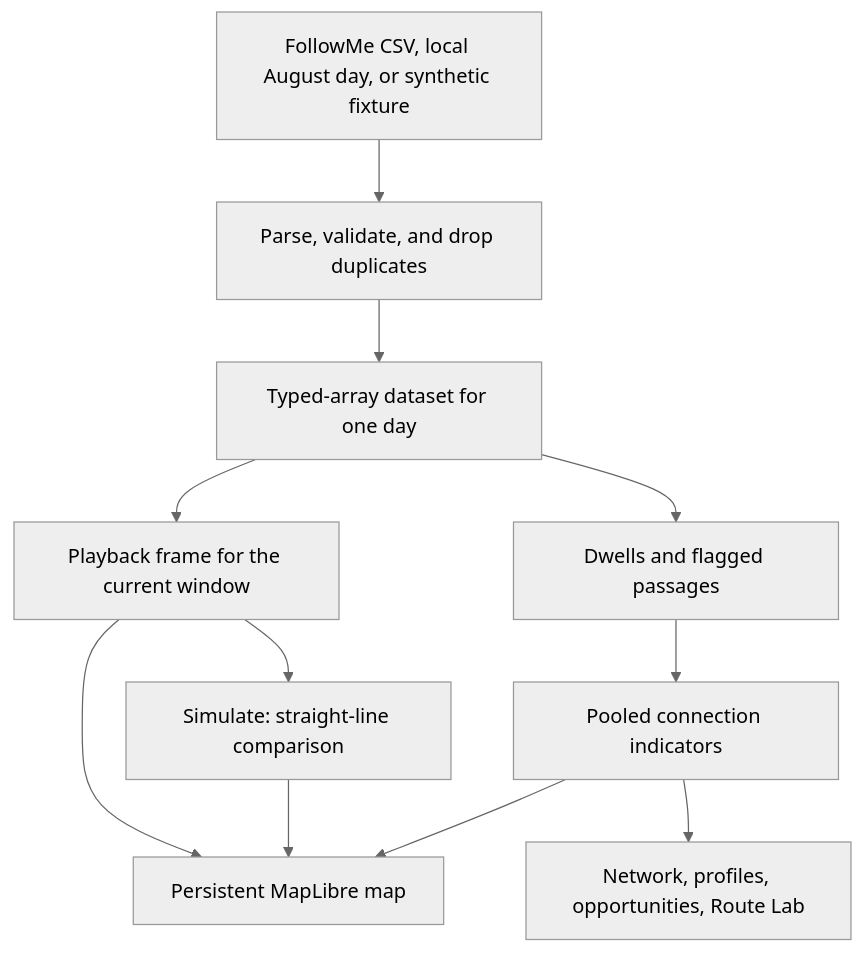
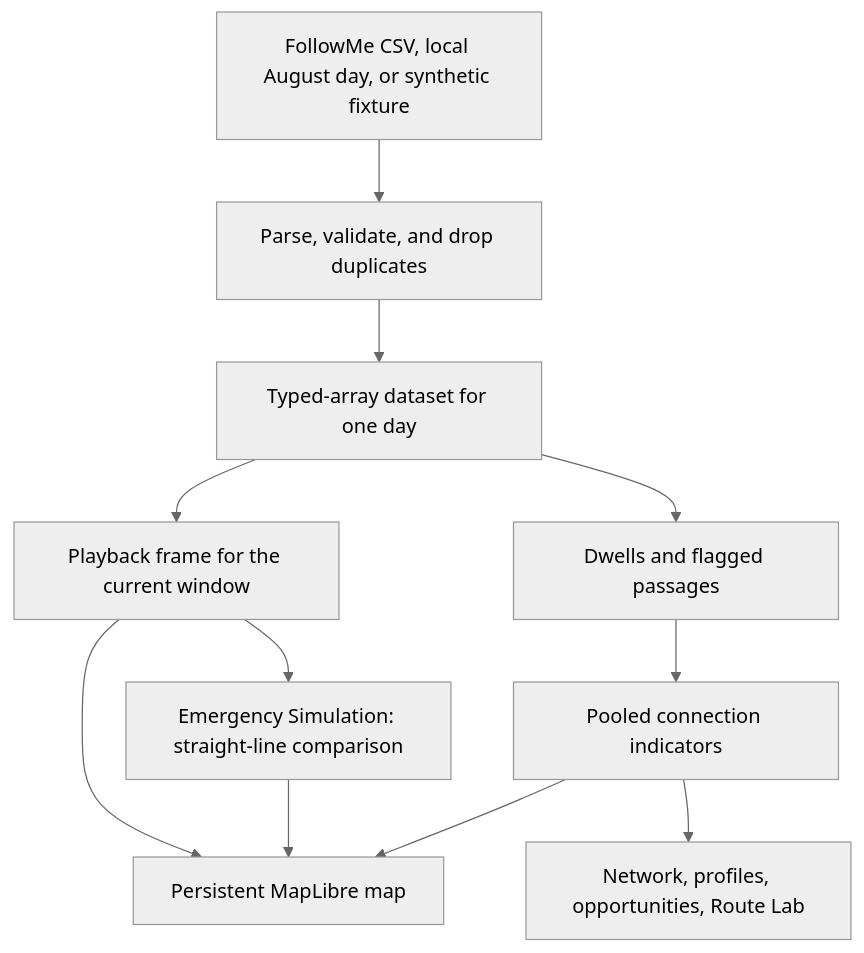
The diagram in FLOW.md (AahilSomethin/Pulse-demo), drawn with Mermaid (neutral theme) before and after one commit. The commit also changed other lines of this file and 13 other files, not shown here.

````diff
--- a/FLOW.md
+++ b/FLOW.md
@@ -13,13 +13,13 @@
 ```mermaid
 flowchart TD
   csv["FollowMe CSV, local August day, or synthetic fixture"] --> parse["Parse, validate, and drop duplicates"]
   parse --> typed["Typed-array dataset for one day"]
   typed --> frame["Playback frame for the current window"]
   typed --> dwell["Dwells and flagged passages"]
   dwell --> links["Pooled connection indicators"]
   frame --> map["Persistent MapLibre map"]
   links --> map
   links --> network["Network, profiles, opportunities, Route Lab"]
-  frame --> simulate["Simulate: straight-line comparison"]
+  frame --> simulate["Emergency Simulation: straight-line comparison"]
   simulate --> map
 ```
````
